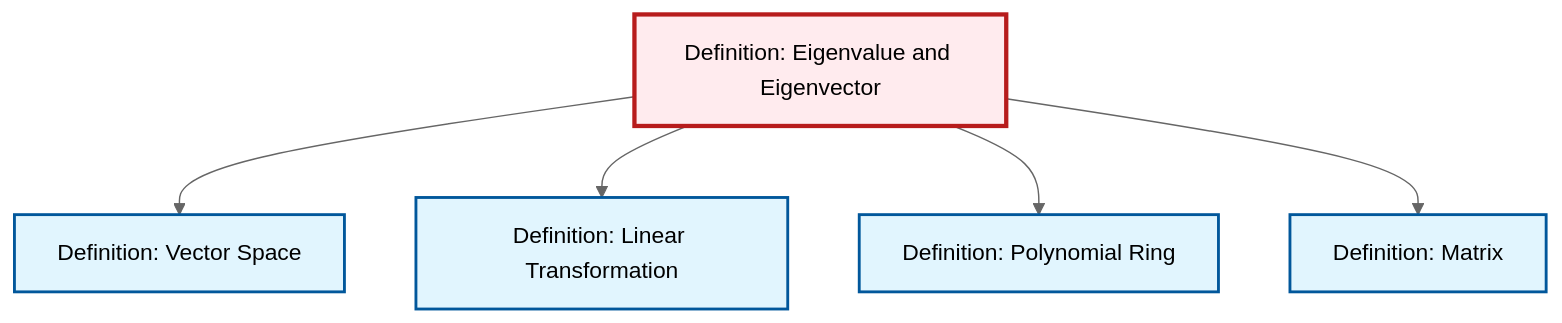
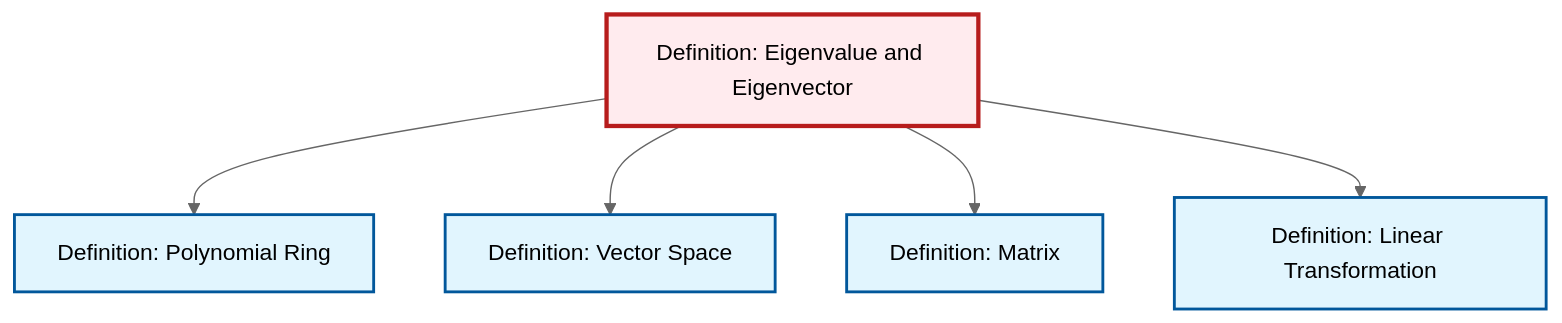
The diagram in content/en/algebra/def-eigenvalue-eigenvector.qmd (RK0429/ModernMath), drawn with Mermaid (neutral theme) before and after one commit. The commit also changed other lines of this file and 360 other files, not shown here.

````diff
--- a/content/en/algebra/def-eigenvalue-eigenvector.qmd
+++ b/content/en/algebra/def-eigenvalue-eigenvector.qmd
@@ -73,23 +73,23 @@
 ```{mermaid}
 %%| fig-cap: "Local dependency graph"
 graph TD
     classDef definition fill:#e1f5fe,stroke:#01579b,stroke-width:2px
     classDef theorem fill:#f3e5f5,stroke:#4a148c,stroke-width:2px
     classDef axiom fill:#fff3e0,stroke:#e65100,stroke-width:2px
     classDef example fill:#e8f5e9,stroke:#1b5e20,stroke-width:2px
     classDef current fill:#ffebee,stroke:#b71c1c,stroke-width:3px
+    def-vector-space["Definition: Vector Space"]:::definition
     def-eigenvalue-eigenvector["Definition: Eigenvalue and Eigenvector"]:::definition
     def-polynomial-ring["Definition: Polynomial Ring"]:::definition
+    def-matrix["Definition: Matrix"]:::definition
     def-linear-transformation["Definition: Linear Transformation"]:::definition
-    def-vector-space["Definition: Vector Space"]:::definition
-    def-matrix["Definition: Matrix"]:::definition
+    def-eigenvalue-eigenvector --> def-polynomial-ring
     def-eigenvalue-eigenvector --> def-vector-space
+    def-eigenvalue-eigenvector --> def-matrix
     def-eigenvalue-eigenvector --> def-linear-transformation
-    def-eigenvalue-eigenvector --> def-polynomial-ring
-    def-eigenvalue-eigenvector --> def-matrix
     class def-eigenvalue-eigenvector current
+    click def-vector-space "def-vector-space.html" "Go to Vector Space definition"
     click def-polynomial-ring "def-polynomial-ring.html" "Go to Polynomial Ring definition"
+    click def-matrix "def-matrix.html" "Go to Matrix definition"
     click def-linear-transformation "def-linear-transformation.html" "Go to Linear Transformation definition"
-    click def-vector-space "def-vector-space.html" "Go to Vector Space definition"
-    click def-matrix "def-matrix.html" "Go to Matrix definition"
 ```
````
